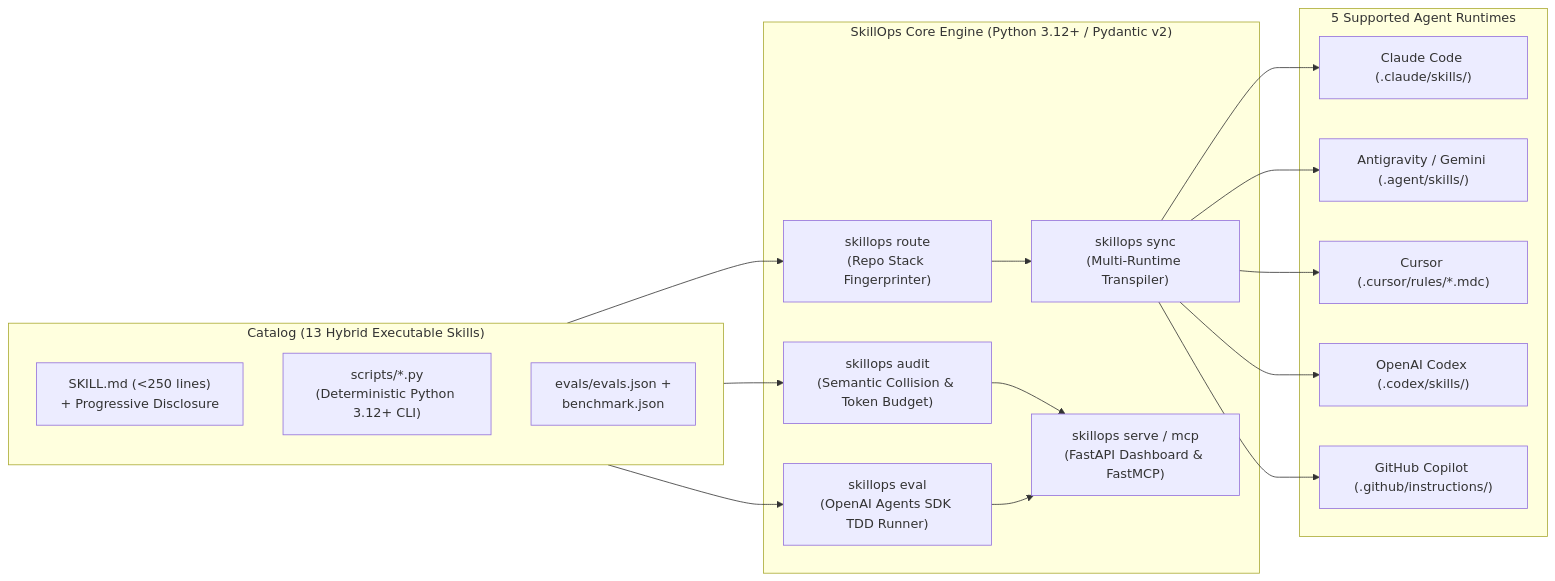
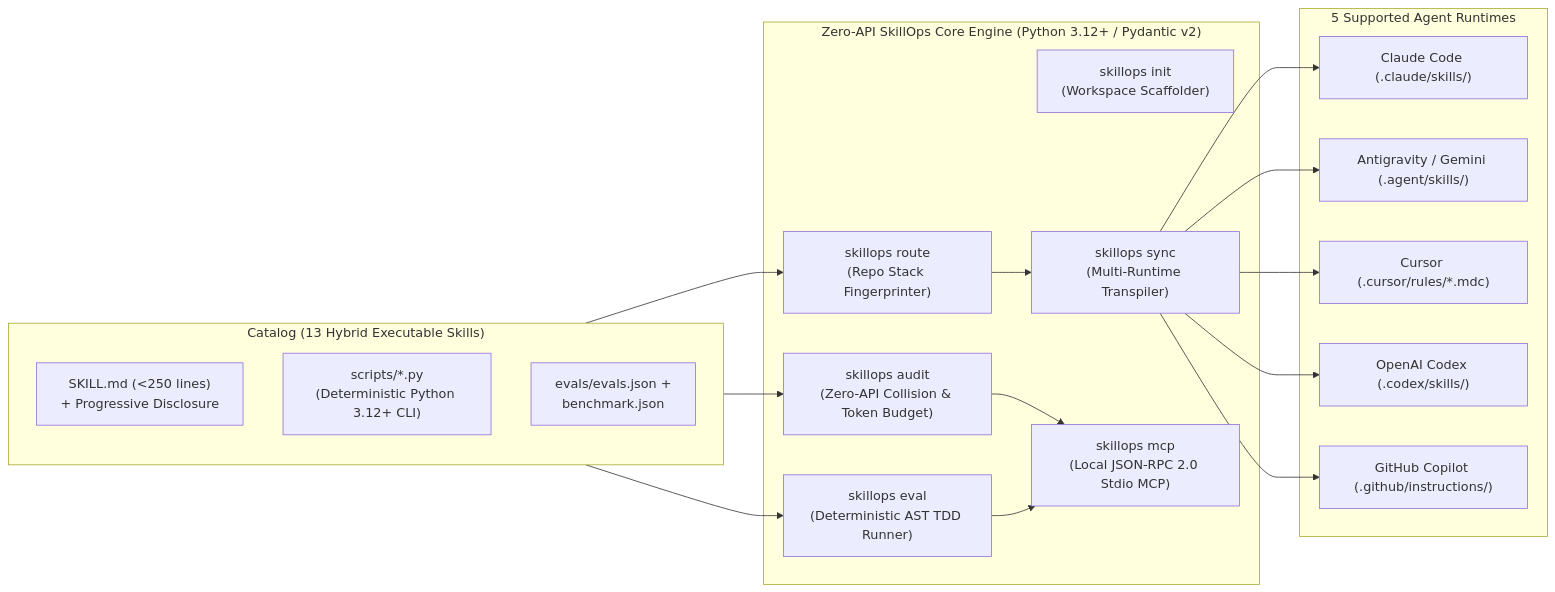
One commit to OdevMatheus/SkillOps changed the diagram in README.md. Above: the diagram before and after it, drawn with Mermaid. The commit also changed other lines of this file and 15 other files, not shown here.

First line of the commit message:
refactor(core): remove all external LLM and HTTP API dependencies (100% Zero-API)

````diff
--- a/README.md
+++ b/README.md
@@ -32,29 +32,30 @@
 ```mermaid
 flowchart LR
     subgraph Catalog["Catalog (13 Hybrid Executable Skills)"]
         S1["SKILL.md (<250 lines)\n+ Progressive Disclosure"]
         S2["scripts/*.py\n(Deterministic Python 3.12+ CLI)"]
         S3["evals/evals.json +\nbenchmark.json"]
     end
 
-    subgraph Engine["SkillOps Core Engine (Python 3.12+ / Pydantic v2)"]
-        Audit["skillops audit\n(Semantic Collision & Token Budget)"]
+    subgraph Engine["Zero-API SkillOps Core Engine (Python 3.12+ / Pydantic v2)"]
+        Init["skillops init\n(Workspace Scaffolder)"]
+        Audit["skillops audit\n(Zero-API Collision & Token Budget)"]
         Route["skillops route\n(Repo Stack Fingerprinter)"]
         Sync["skillops sync\n(Multi-Runtime Transpiler)"]
-        Eval["skillops eval\n(OpenAI Agents SDK TDD Runner)"]
-        Serve["skillops serve / mcp\n(FastAPI Dashboard & FastMCP)"]
+        Eval["skillops eval\n(Deterministic AST TDD Runner)"]
+        Mcp["skillops mcp\n(Local JSON-RPC 2.0 Stdio MCP)"]
     end
 
     subgraph Targets["5 Supported Agent Runtimes"]
         T1["Claude Code (.claude/skills/)"]
         T2["Antigravity / Gemini (.agent/skills/)"]
         T3["Cursor (.cursor/rules/*.mdc)"]
         T4["OpenAI Codex (.codex/skills/)"]
         T5["GitHub Copilot (.github/instructions/)"]
     end
 
     Catalog --> Audit & Route & Eval
     Route --> Sync
     Sync --> T1 & T2 & T3 & T4 & T5
-    Audit & Eval --> Serve
+    Audit & Eval --> Mcp
 ```
````
